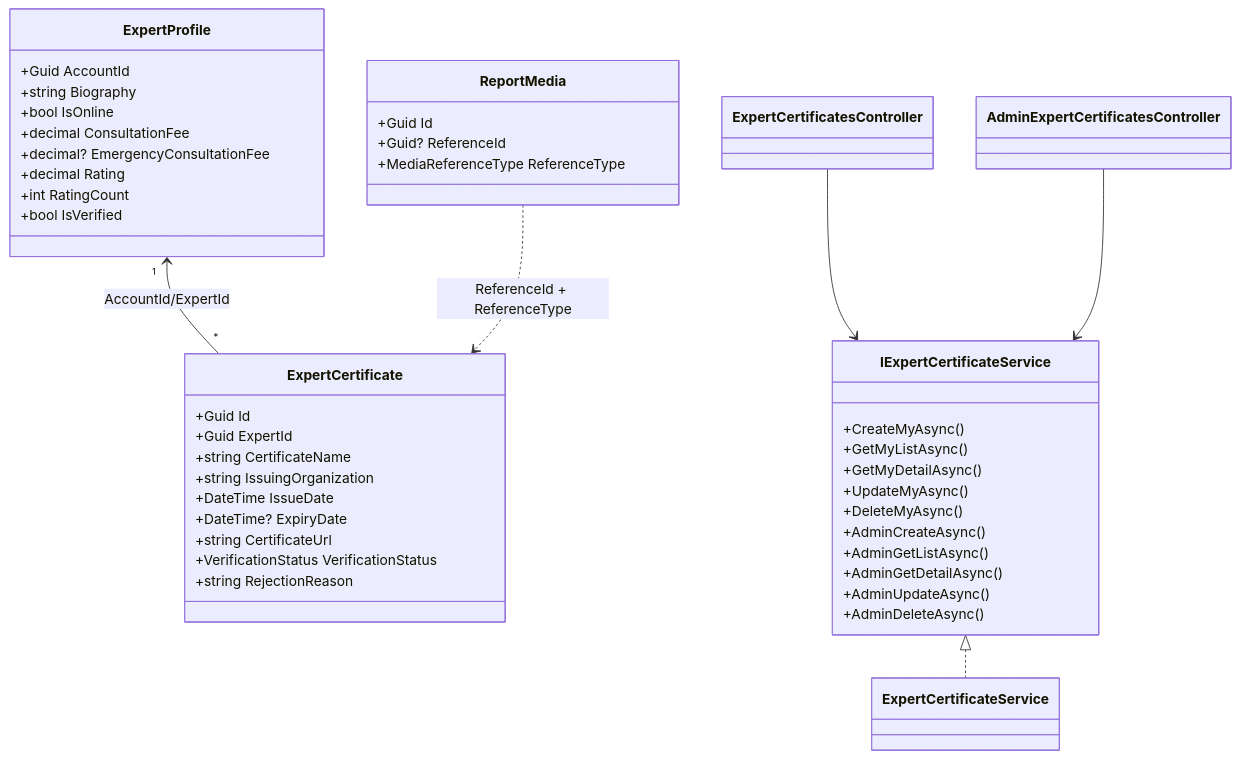
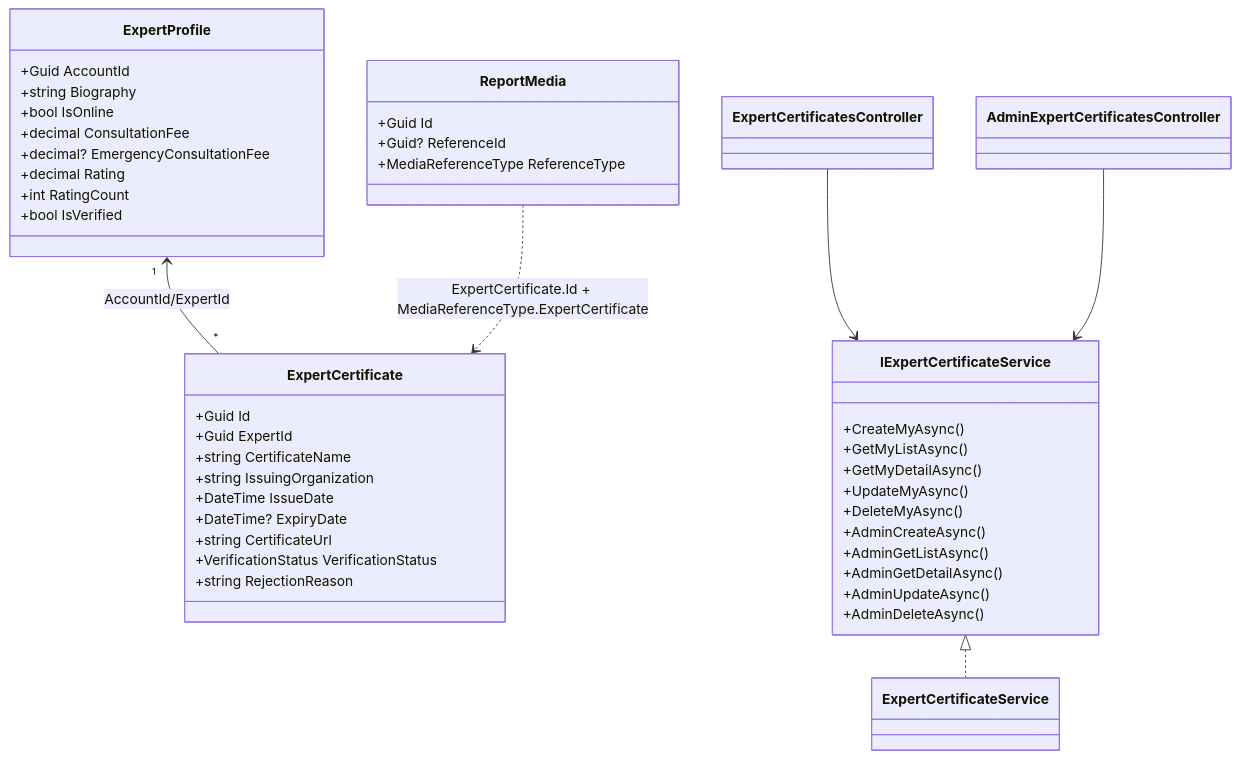
The second of 7 diagrams in Docs/05-Backend/02-layers/expert-certs/expert-certs.sourcecode.md (Snake-AID/SnakeAid.Docs), drawn with Mermaid before and after one commit. The commit also changed other lines of this file and 4 other files, not shown here.

First line of the commit message:
refactor(expert-certs): refine certificate verification logic and media handling

````diff
--- a/Docs/05-Backend/02-layers/expert-certs/expert-certs.sourcecode.md
+++ b/Docs/05-Backend/02-layers/expert-certs/expert-certs.sourcecode.md
@@ -81,54 +90,54 @@
 ```mermaid
 classDiagram
     class ExpertProfile {
         +Guid AccountId
         +string Biography
         +bool IsOnline
         +decimal ConsultationFee
         +decimal? EmergencyConsultationFee
         +decimal Rating
         +int RatingCount
         +bool IsVerified
     }
 
     class ExpertCertificate {
         +Guid Id
         +Guid ExpertId
         +string CertificateName
         +string IssuingOrganization
         +DateTime IssueDate
         +DateTime? ExpiryDate
         +string CertificateUrl
         +VerificationStatus VerificationStatus
         +string RejectionReason
     }
 
     class ReportMedia {
         +Guid Id
         +Guid? ReferenceId
         +MediaReferenceType ReferenceType
     }
 
     class IExpertCertificateService {
         +CreateMyAsync()
         +GetMyListAsync()
         +GetMyDetailAsync()
         +UpdateMyAsync()
         +DeleteMyAsync()
         +AdminCreateAsync()
         +AdminGetListAsync()
         +AdminGetDetailAsync()
         +AdminUpdateAsync()
         +AdminDeleteAsync()
     }
 
     class ExpertCertificateService
     class ExpertCertificatesController
     class AdminExpertCertificatesController
 
     ExpertProfile "1" <-- "*" ExpertCertificate : AccountId/ExpertId
-    ReportMedia ..> ExpertCertificate : ReferenceId + ReferenceType
+    ReportMedia ..> ExpertCertificate : ExpertCertificate.Id + MediaReferenceType.ExpertCertificate
     IExpertCertificateService <|.. ExpertCertificateService
     ExpertCertificatesController --> IExpertCertificateService
     AdminExpertCertificatesController --> IExpertCertificateService
 ```
````
